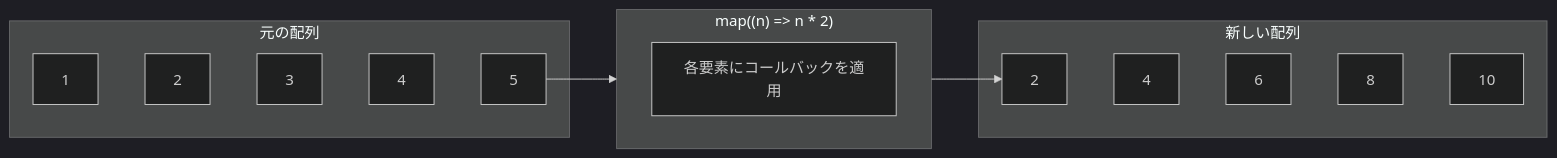
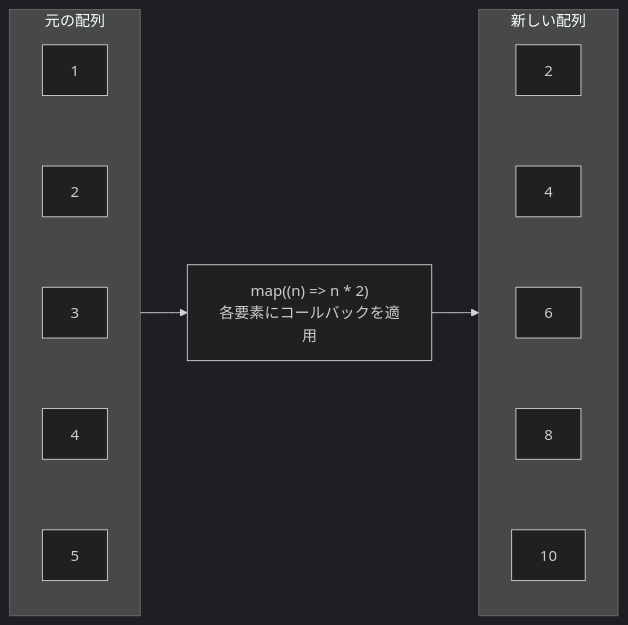
One commit to ozaki25/web-front-training-ozaki25 changed the fourth of 4 diagrams in docs/drafts/005/index.md. Above: the diagram before and after it, drawn with Mermaid (dark theme). The commit also changed other lines of this file and 6 other files, not shown here.

````diff
--- a/docs/drafts/005/index.md
+++ b/docs/drafts/005/index.md
@@ -233,14 +237,11 @@
 ```mermaid
 flowchart LR
-  subgraph 元の配列
+  subgraph SRC["元の配列"]
     A1["1"] ~~~ A2["2"] ~~~ A3["3"] ~~~ A4["4"] ~~~ A5["5"]
   end
-  subgraph "map((n) => n * 2)"
-    direction LR
-    B["各要素にコールバックを適用"]
-  end
-  subgraph 新しい配列
+  B["map((n) => n * 2)<br>各要素にコールバックを適用"]
+  subgraph DST["新しい配列"]
     C1["2"] ~~~ C2["4"] ~~~ C3["6"] ~~~ C4["8"] ~~~ C5["10"]
   end
-  A5 --> B --> C1
+  SRC --> B --> DST
 ```
````
